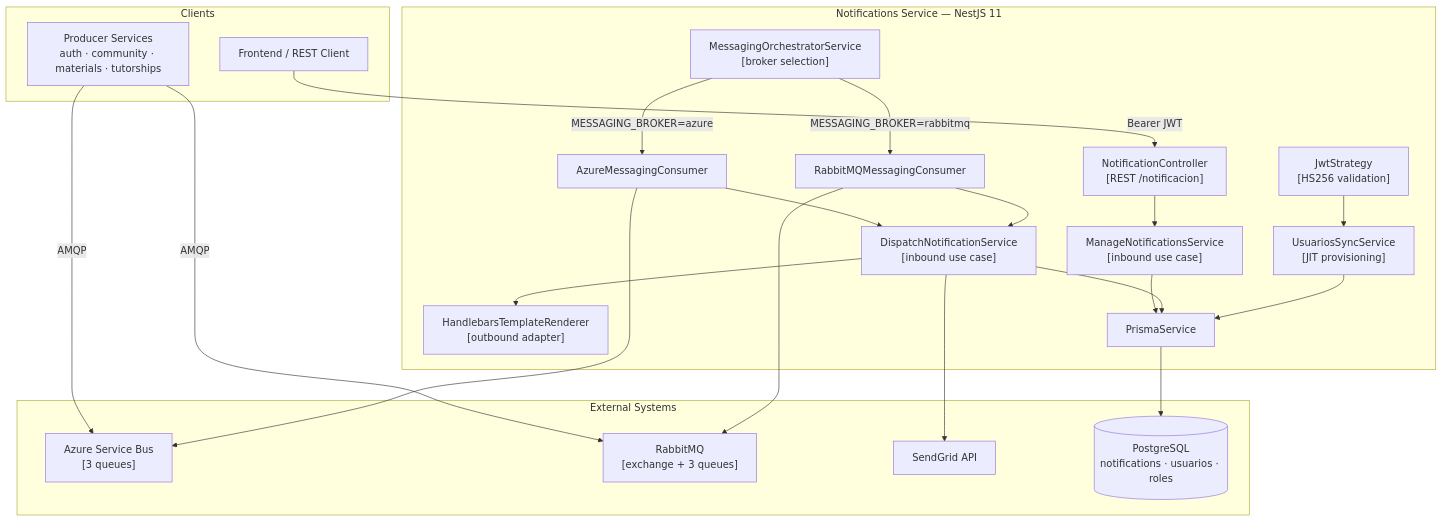
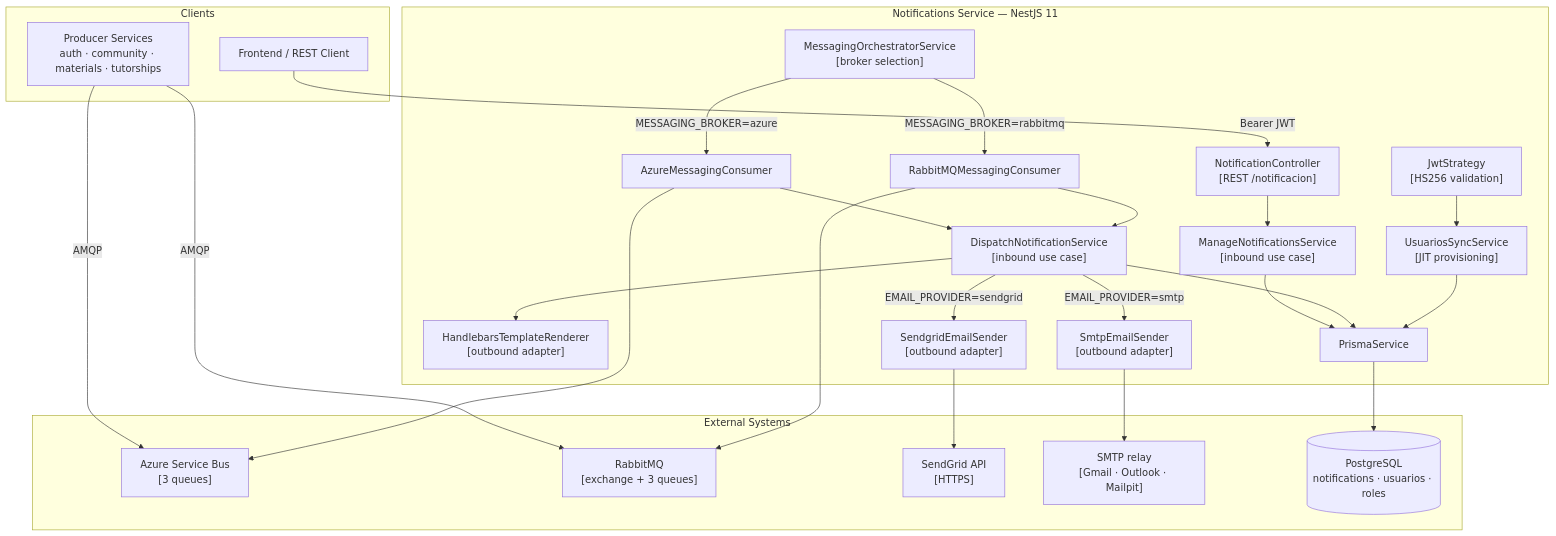
The eighth of 9 diagrams in how/notifications-service.md (EciWise/EciWise.github.io), drawn with Mermaid before and after one commit. The commit also changed other lines of this file and 6 other files, not shown here.

Commit message:
feat: add comprehensive frontend documentation for ECIWISE-Front architecture, development guidelines, and security measures

````diff
--- a/how/notifications-service.md
+++ b/how/notifications-service.md
@@ -438,45 +498,49 @@
 ```mermaid
 graph TB
   subgraph Clients["Clients"]
     FE["Frontend / REST Client"]
     PROD["Producer Services\nauth · community · materials · tutorships"]
   end
 
   subgraph NotifService["Notifications Service — NestJS 11"]
     CTRL["NotificationController\n[REST /notificacion]"]
     ORCH["MessagingOrchestratorService\n[broker selection]"]
     AZ_C["AzureMessagingConsumer"]
     RMQ_C["RabbitMQMessagingConsumer"]
     MNS["ManageNotificationsService\n[inbound use case]"]
     DNS["DispatchNotificationService\n[inbound use case]"]
     SYNC["UsuariosSyncService\n[JIT provisioning]"]
     JWT["JwtStrategy\n[HS256 validation]"]
     HBS_R["HandlebarsTemplateRenderer\n[outbound adapter]"]
+    SG_A["SendgridEmailSender\n[outbound adapter]"]
+    SMTP_A["SmtpEmailSender\n[outbound adapter]"]
     PRISMA["PrismaService"]
   end
 
   subgraph External["External Systems"]
     ASB["Azure Service Bus\n[3 queues]"]
     RABBITMQ["RabbitMQ\n[exchange + 3 queues]"]
-    SENDGRID["SendGrid API"]
+    SENDGRID["SendGrid API\n[HTTPS]"]
+    SMTP_S["SMTP relay\n[Gmail · Outlook · Mailpit]"]
     PG[("PostgreSQL\nnotifications · usuarios · roles")]
   end
 
   FE -->|"Bearer JWT"| CTRL
   PROD -->|AMQP| ASB
   PROD -->|AMQP| RABBITMQ
 
   CTRL --> MNS
   ORCH -->|"MESSAGING_BROKER=azure"| AZ_C
   ORCH -->|"MESSAGING_BROKER=rabbitmq"| RMQ_C
   AZ_C --> ASB
   RMQ_C --> RABBITMQ
   AZ_C & RMQ_C --> DNS
   DNS --> HBS_R
-  DNS --> SENDGRID
+  DNS -->|"EMAIL_PROVIDER=sendgrid"| SG_A --> SENDGRID
+  DNS -->|"EMAIL_PROVIDER=smtp"| SMTP_A --> SMTP_S
   MNS --> PRISMA
   DNS --> PRISMA
   SYNC --> PRISMA
   JWT --> SYNC
   PRISMA --> PG
 ```
````
